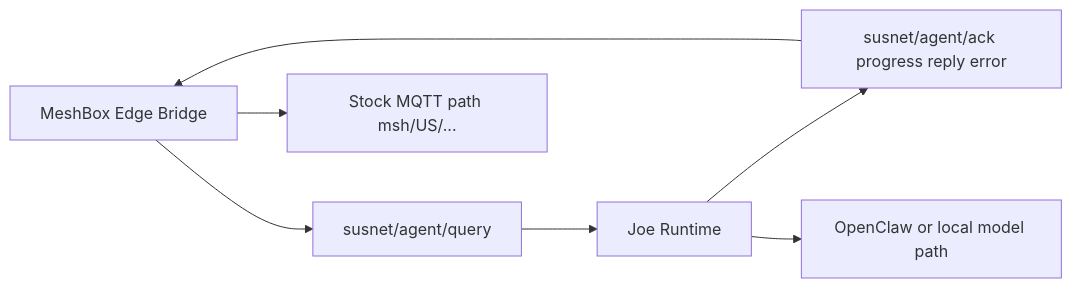
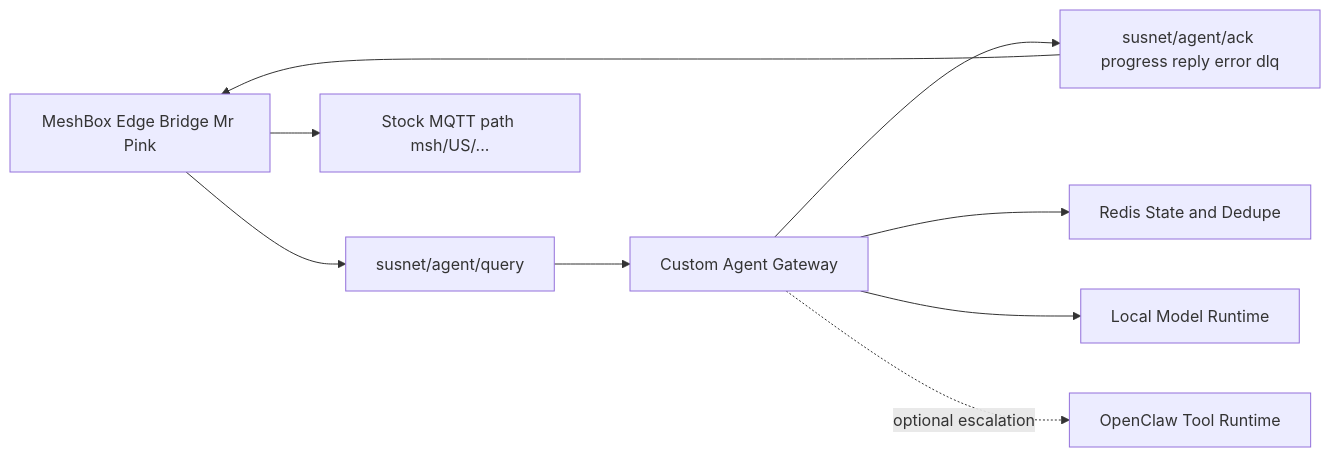
The diagram in susnet-next/docs/architecture/system-map.md (gabe0000/susnet), drawn with Mermaid before and after one commit. The commit also changed other lines of this file and 3 other files, not shown here.

````diff
--- a/susnet-next/docs/architecture/system-map.md
+++ b/susnet-next/docs/architecture/system-map.md
@@ -13,9 +14,11 @@
 ```mermaid
 flowchart LR
-  M[MeshBox Edge Bridge] --> Q[susnet/agent/query]
-  Q --> J[Joe Runtime]
-  J --> L[susnet/agent/ack progress reply error]
+  M[MeshBox Edge Bridge Mr Pink] --> Q[susnet/agent/query]
+  Q --> C[Custom Agent Gateway]
+  C --> L[susnet/agent/ack progress reply error dlq]
   L --> M
-  J --> O[OpenClaw or local model path]
+  C --> R[Redis State and Dedupe]
+  C --> O[Local Model Runtime]
+  C -. optional escalation .-> X[OpenClaw Tool Runtime]
   M --> S[Stock MQTT path msh/US/...]
 ```
````
